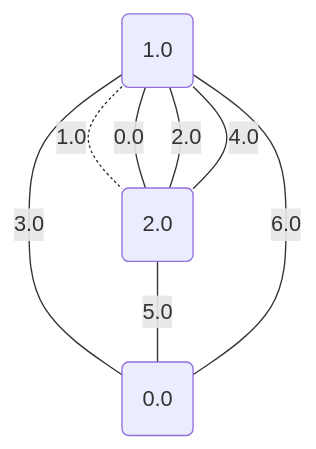
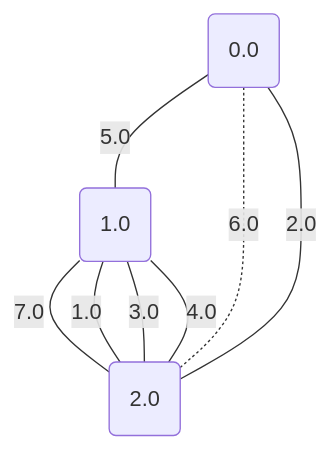
Before and after one commit to metury/graphs: diagram 16 of 17 in project/src/testing/minCutPetersen.md, drawn with Mermaid. The commit also changed other lines of this file and 27 other files, not shown here.

````diff
--- a/project/src/testing/minCutPetersen.md
+++ b/project/src/testing/minCutPetersen.md
@@ -392,13 +394,13 @@
 ```mermaid
 graph TD;
 0("0.0");
 1("1.0");
 2("2.0");
-	2 -- "0.0" --- 1;
-	1 -. "1.0" -.- 2;
-	2 -- "2.0" --- 1;
-	1 -- "3.0" --- 0;
+	2 -- "1.0" --- 1;
+	2 -- "2.0" --- 0;
+	2 -- "3.0" --- 1;
 	2 -- "4.0" --- 1;
-	2 -- "5.0" --- 0;
-	1 -- "6.0" --- 0;
+	0 -- "5.0" --- 1;
+	0 -. "6.0" -.- 2;
+	1 -- "7.0" --- 2;
 ```
````
